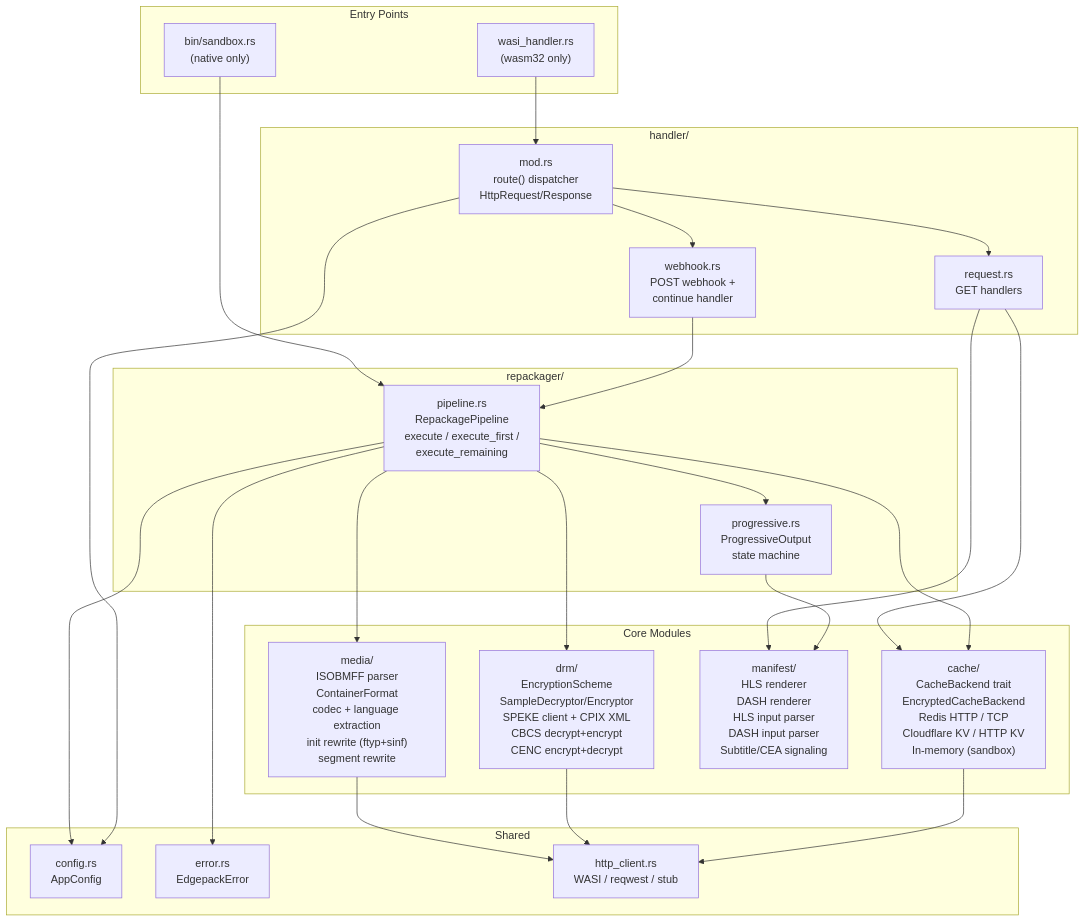
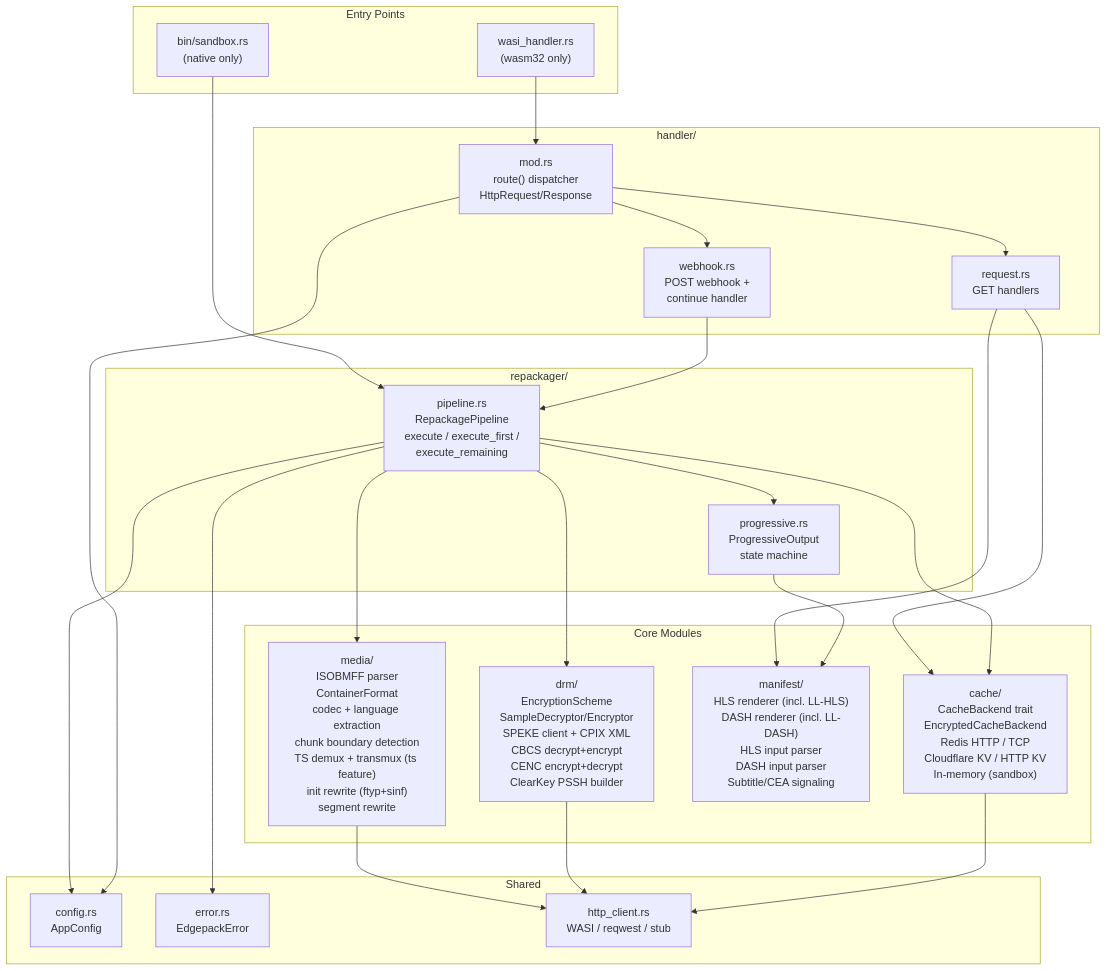
The third of 10 diagrams in docs/architecture.md (adrums86/edgepack), drawn with Mermaid before and after one commit. The commit also changed other lines of this file and 30 other files, not shown here.

````diff
--- a/docs/architecture.md
+++ b/docs/architecture.md
@@ -110,54 +110,54 @@
 ```mermaid
 graph TD
     subgraph Entry["Entry Points"]
         WASI["wasi_handler.rs<br/>(wasm32 only)"]
         Sandbox["bin/sandbox.rs<br/>(native only)"]
     end
 
     subgraph Handler["handler/"]
         Router["mod.rs<br/>route() dispatcher<br/>HttpRequest/Response"]
         Request["request.rs<br/>GET handlers"]
         Webhook["webhook.rs<br/>POST webhook +<br/>continue handler"]
     end
 
     subgraph Repackager["repackager/"]
         RPipeline["pipeline.rs<br/>RepackagePipeline<br/>execute / execute_first /<br/>execute_remaining"]
         Progressive["progressive.rs<br/>ProgressiveOutput<br/>state machine"]
     end
 
     subgraph Core["Core Modules"]
-        Media["media/<br/>ISOBMFF parser<br/>ContainerFormat<br/>codec + language extraction<br/>init rewrite (ftyp+sinf)<br/>segment rewrite"]
-        DRMMod["drm/<br/>EncryptionScheme<br/>SampleDecryptor/Encryptor<br/>SPEKE client + CPIX XML<br/>CBCS decrypt+encrypt<br/>CENC encrypt+decrypt"]
-        Manifest["manifest/<br/>HLS renderer<br/>DASH renderer<br/>HLS input parser<br/>DASH input parser<br/>Subtitle/CEA signaling"]
+        Media["media/<br/>ISOBMFF parser<br/>ContainerFormat<br/>codec + language extraction<br/>chunk boundary detection<br/>TS demux + transmux (ts feature)<br/>init rewrite (ftyp+sinf)<br/>segment rewrite"]
+        DRMMod["drm/<br/>EncryptionScheme<br/>SampleDecryptor/Encryptor<br/>SPEKE client + CPIX XML<br/>CBCS decrypt+encrypt<br/>CENC encrypt+decrypt<br/>ClearKey PSSH builder"]
+        Manifest["manifest/<br/>HLS renderer (incl. LL-HLS)<br/>DASH renderer (incl. LL-DASH)<br/>HLS input parser<br/>DASH input parser<br/>Subtitle/CEA signaling"]
         CacheMod2["cache/<br/>CacheBackend trait<br/>EncryptedCacheBackend<br/>Redis HTTP / TCP<br/>Cloudflare KV / HTTP KV<br/>In-memory (sandbox)"]
     end
 
     subgraph Shared["Shared"]
         Config["config.rs<br/>AppConfig"]
         Error["error.rs<br/>EdgepackError"]
         HTTP["http_client.rs<br/>WASI / reqwest / stub"]
     end
 
     WASI --> Router
     Sandbox --> RPipeline
 
     Router --> Request
     Router --> Webhook
     Request --> CacheMod2
     Request --> Manifest
     Webhook --> RPipeline
 
     RPipeline --> Media
     RPipeline --> DRMMod
     RPipeline --> Progressive
     RPipeline --> CacheMod2
     Progressive --> Manifest
 
     Media --> HTTP
     DRMMod --> HTTP
     CacheMod2 --> HTTP
 
     RPipeline --> Config
     RPipeline --> Error
     Router --> Config
 ```
````
